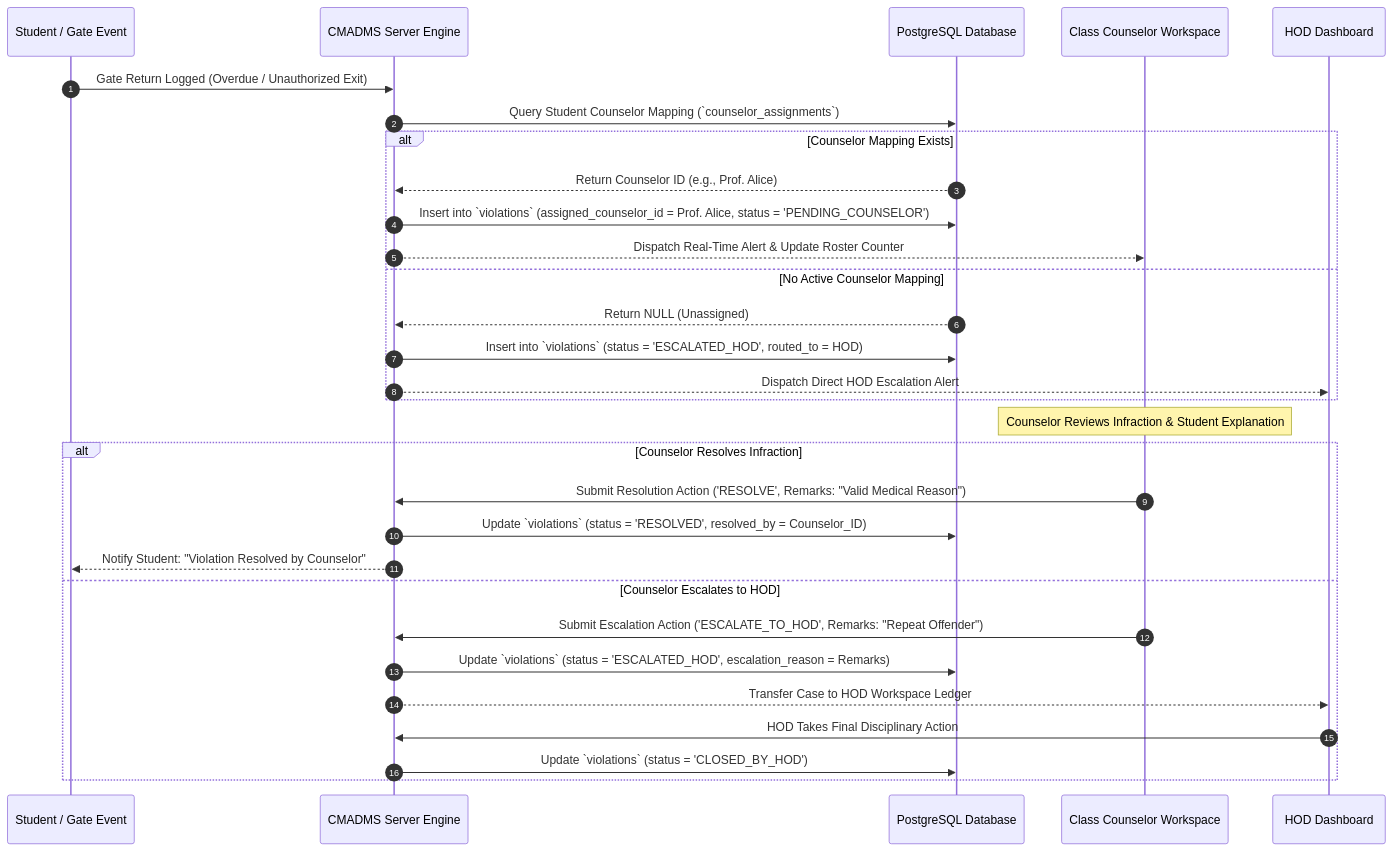
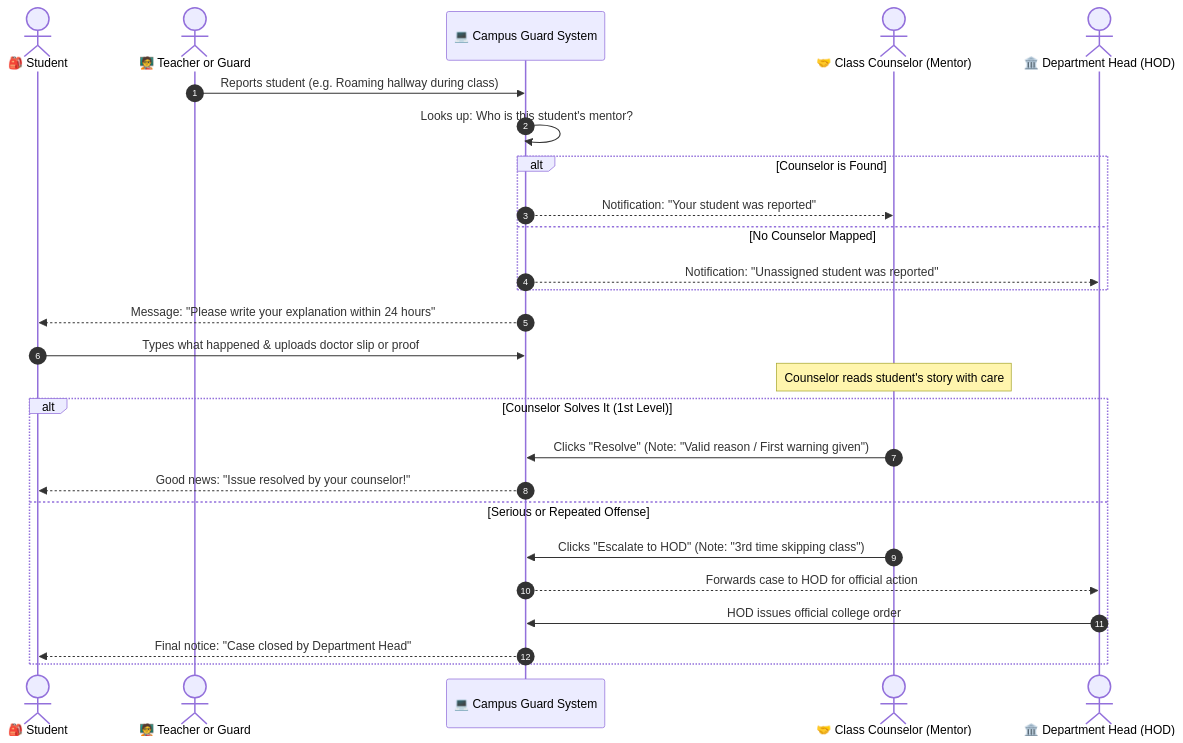
The seventh of 9 diagrams in PROJECT_DOCUMENTATION.md (harsha-perfect-solutions/Campus-Patrol), drawn with Mermaid before and after one commit. The commit also changed other lines of this file and 3 other files, not shown here.

````diff
--- a/PROJECT_DOCUMENTATION.md
+++ b/PROJECT_DOCUMENTATION.md
@@ -356,36 +322,33 @@
 ```mermaid
 sequenceDiagram
     autonumber
-    participant ST as Student / Gate Event
-    participant SYS as CMADMS Server Engine
-    participant DB as PostgreSQL Database
-    participant CO as Class Counselor Workspace
-    participant HOD as HOD Dashboard
+    actor Student as 🎒 Student
+    actor Reporter as 🧑‍🏫 Teacher or Guard
+    participant System as 💻 Campus Guard System
+    actor Counselor as 🤝 Class Counselor (Mentor)
+    actor HOD as 🏛️ Department Head (HOD)
 
-    ST->>SYS: Gate Return Logged (Overdue / Unauthorized Exit)
-    SYS->>DB: Query Student Counselor Mapping (`counselor_assignments`)
+    Reporter->>System: Reports student (e.g. Roaming hallway during class)
+    System->>System: Looks up: Who is this student's mentor?
     
-    alt Counselor Mapping Exists
-        DB-->>SYS: Return Counselor ID (e.g., Prof. Alice)
-        SYS->>DB: Insert into `violations` (assigned_counselor_id = Prof. Alice, status = 'PENDING_COUNSELOR')
-        SYS-->>CO: Dispatch Real-Time Alert & Update Roster Counter
-    else No Active Counselor Mapping
-        DB-->>SYS: Return NULL (Unassigned)
-        SYS->>DB: Insert into `violations` (status = 'ESCALATED_HOD', routed_to = HOD)
-        SYS-->>HOD: Dispatch Direct HOD Escalation Alert
+    alt Counselor is Found
+        System-->>Counselor: Notification: "Your student was reported"
+    else No Counselor Mapped
+        System-->>HOD: Notification: "Unassigned student was reported"
     end
 
-    Note over CO: Counselor Reviews Infraction & Student Explanation
+    System-->>Student: Message: "Please write your explanation within 24 hours"
+    Student->>System: Types what happened & uploads doctor slip or proof
+    
+    Note over Counselor: Counselor reads student's story with care
 
-    alt Counselor Resolves Infraction
-        CO->>SYS: Submit Resolution Action ('RESOLVE', Remarks: "Valid Medical Reason")
-        SYS->>DB: Update `violations` (status = 'RESOLVED', resolved_by = Counselor_ID)
-        SYS-->>ST: Notify Student: "Violation Resolved by Counselor"
-    else Counselor Escalates to HOD
-        CO->>SYS: Submit Escalation Action ('ESCALATE_TO_HOD', Remarks: "Repeat Offender")
-        SYS->>DB: Update `violations` (status = 'ESCALATED_HOD', escalation_reason = Remarks)
-        SYS-->>HOD: Transfer Case to HOD Workspace Ledger
-        HOD->>SYS: HOD Takes Final Disciplinary Action
-        SYS->>DB: Update `violations` (status = 'CLOSED_BY_HOD')
+    alt Counselor Solves It (1st Level)
+        Counselor->>System: Clicks "Resolve" (Note: "Valid reason / First warning given")
+        System-->>Student: Good news: "Issue resolved by your counselor!"
+    else Serious or Repeated Offense
+        Counselor->>System: Clicks "Escalate to HOD" (Note: "3rd time skipping class")
+        System-->>HOD: Forwards case to HOD for official action
+        HOD->>System: HOD issues official college order
+        System-->>Student: Final notice: "Case closed by Department Head"
     end
 ```
````
